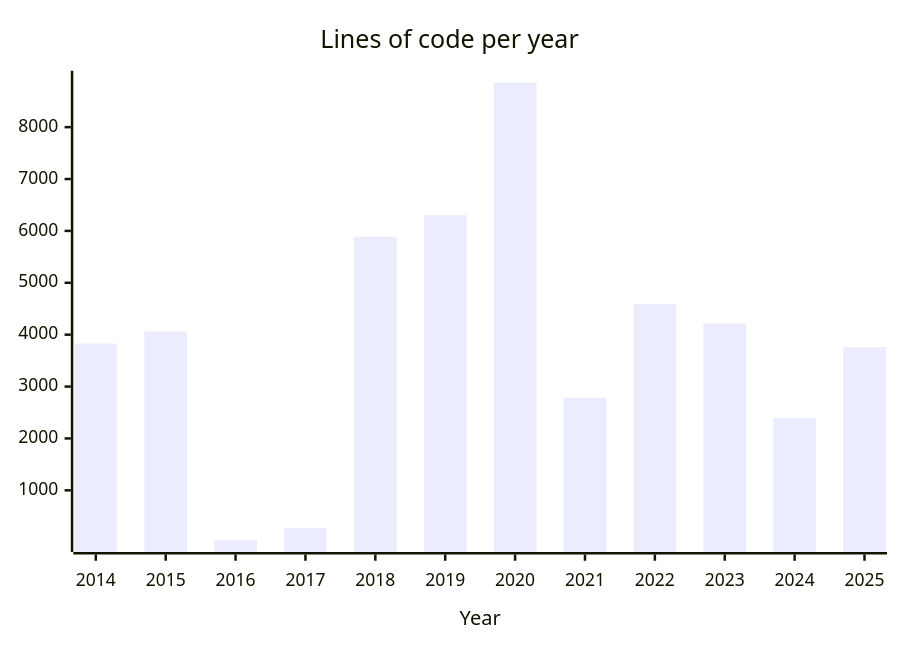
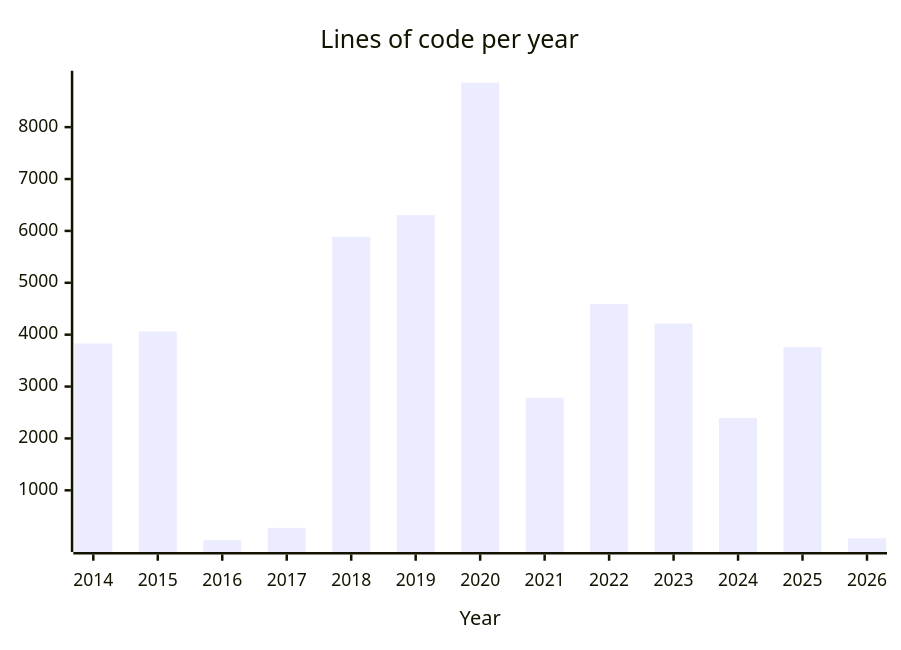
One commit to engdan77/engdan77 changed the diagram in README.md. Above: the diagram before and after it, drawn with Mermaid. The commit also changed other lines of this file, not shown here.

````diff
--- a/README.md
+++ b/README.md
@@ -40,6 +41,6 @@
 ```mermaid
 xychart-beta
       title "Lines of code per year"
-      x-axis "Year" [2014, 2015, 2016, 2017, 2018, 2019, 2020, 2021, 2022, 2023, 2024, 2025]
-      bar "engdan77" [3829, 4062, 40, 276, 5888, 6304, 8858, 2784, 4592, 4214, 2393, 3760]
+      x-axis "Year" [2014, 2015, 2016, 2017, 2018, 2019, 2020, 2021, 2022, 2023, 2024, 2025, 2026]
+      bar "engdan77" [3829, 4062, 40, 276, 5888, 6304, 8858, 2784, 4592, 4214, 2393, 3760, 74]
 ```
````
